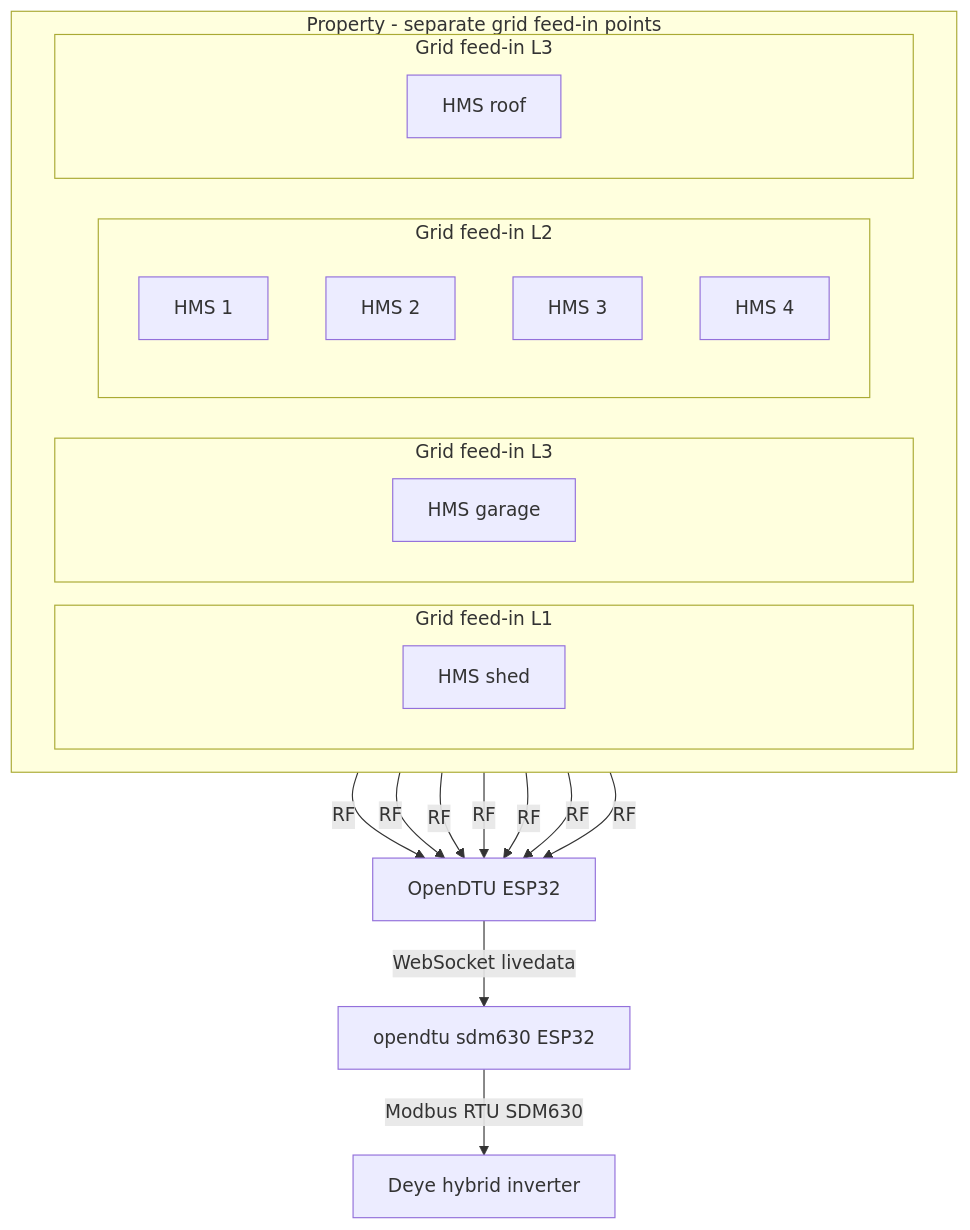
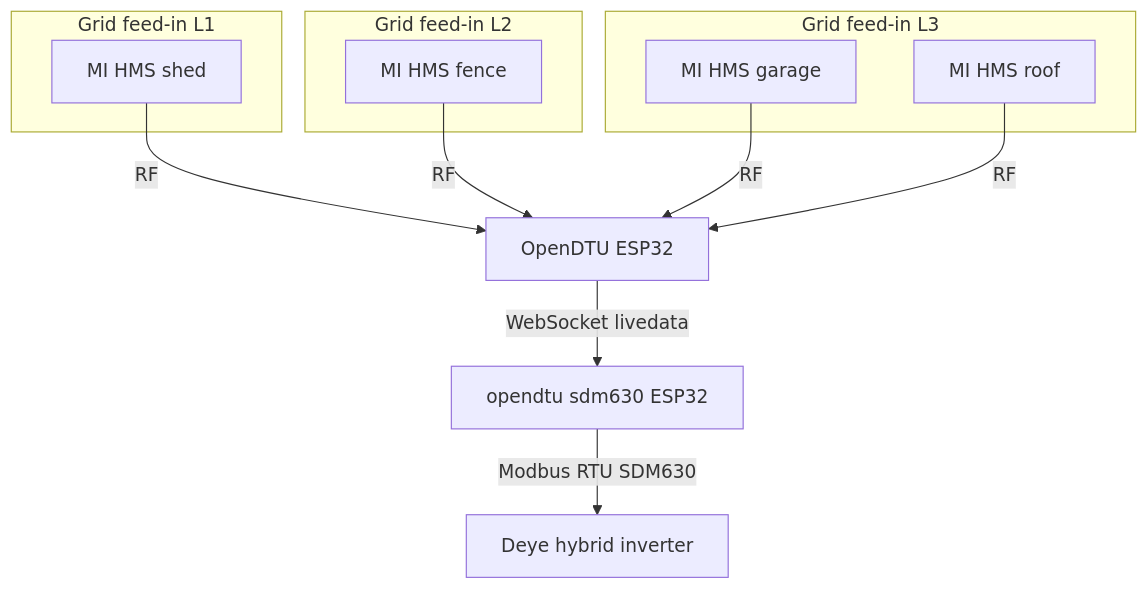
One commit to Lewa-Reka/esphome-opendtu-to-sdm630 changed the first of 2 diagrams in README.md. Above: the diagram before and after it, drawn with Mermaid. The commit also changed other lines of this file, not shown here.

Commit message:
docs: improve diagram

````diff
--- a/README.md
+++ b/README.md
@@ -63,34 +63,22 @@
 ```mermaid
 flowchart TB
-  subgraph property ["Property - separate grid feed-in points"]
-    direction LR
-    subgraph feed_l1 ["Grid feed-in L1"]
-      mi_l1["HMS shed"]
-    end
-    subgraph feed_l2 ["Grid feed-in L2"]
-      direction TB
-      mi_l2_1["HMS 1"]
-      mi_l2_2["HMS 2"]
-      mi_l2_3["HMS 3"]
-      mi_l2_4["HMS 4"]
-    end
-    subgraph feed_l3a ["Grid feed-in L3"]
-      mi_l3a["HMS garage"]
-    end
-    subgraph feed_l3b ["Grid feed-in L3"]
-      mi_l3b["HMS roof"]
-    end
+  subgraph feed_l1 ["Grid feed-in L1"]
+    mi_l1["MI HMS shed"]
+  end
+  subgraph feed_l2 ["Grid feed-in L2"]
+    mi_l2["MI HMS fence"]
+  end
+  subgraph feed_l3 ["Grid feed-in L3"]
+    mi_l3a["MI HMS garage"]
+    mi_l3b["MI HMS roof"]
   end
   odtu["OpenDTU ESP32"]
   bridge["opendtu sdm630 ESP32"]
   deye["Deye hybrid inverter"]
   mi_l1 -->|RF| odtu
-  mi_l2_1 -->|RF| odtu
-  mi_l2_2 -->|RF| odtu
-  mi_l2_3 -->|RF| odtu
-  mi_l2_4 -->|RF| odtu
+  mi_l2 -->|RF| odtu
   mi_l3a -->|RF| odtu
   mi_l3b -->|RF| odtu
   odtu -->|WebSocket livedata| bridge
   bridge -->|Modbus RTU SDM630| deye
 ```
````
